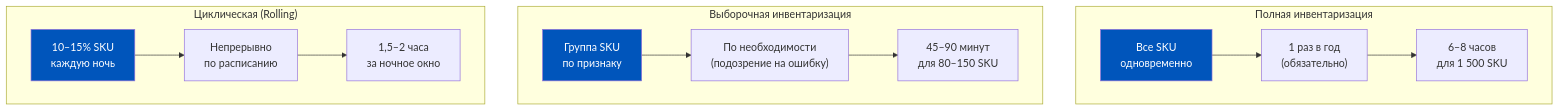
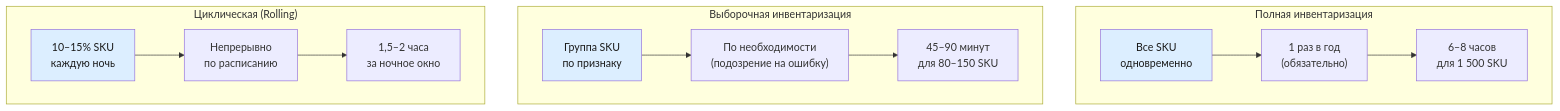
The second of 7 diagrams in content/1c-erp/week_5/Неделя 5 - День 3 - Инвентаризация.md (murad1986/1c-erp-quartz), drawn with Mermaid before and after one commit. The commit also changed other lines of this file and 57 other files, not shown here.

First line of the commit message:
fix: Mermaid — пастельные цвета в источниках диаграмм (56 файлов)

````diff
--- a/content/1c-erp/week_5/Неделя 5 - День 3 - Инвентаризация.md
+++ b/content/1c-erp/week_5/Неделя 5 - День 3 - Инвентаризация.md
@@ -112,21 +112,21 @@
 ```mermaid
 graph TD
     subgraph "Полная инвентаризация"
         P1["Все SKU<br/>одновременно"] --> P2["1 раз в год<br/>(обязательно)"]
         P2 --> P3["6–8 часов<br/>для 1 500 SKU"]
     end
 
     subgraph "Выборочная инвентаризация"
         V1["Группа SKU<br/>по признаку"] --> V2["По необходимости<br/>(подозрение на ошибку)"]
         V2 --> V3["45–90 минут<br/>для 80–150 SKU"]
     end
 
     subgraph "Циклическая (Rolling)"
         C1["10–15% SKU<br/>каждую ночь"] --> C2["Непрерывно<br/>по расписанию"]
         C2 --> C3["1,5–2 часа<br/>за ночное окно"]
     end
 
-    style P1 fill:#0055BB,color:#fff
-    style V1 fill:#0055BB,color:#fff
-    style C1 fill:#0055BB,color:#fff
+    style P1 fill:#dceeff,color:#1a1a1a
+    style V1 fill:#dceeff,color:#1a1a1a
+    style C1 fill:#dceeff,color:#1a1a1a
 ```
````
